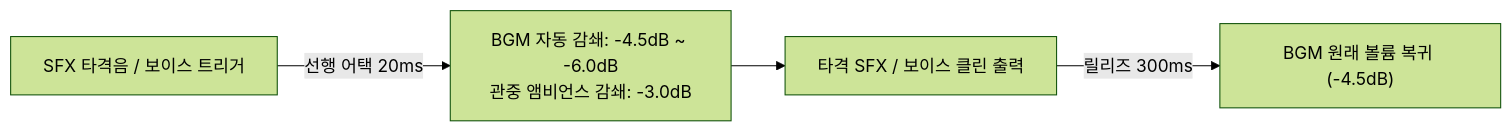
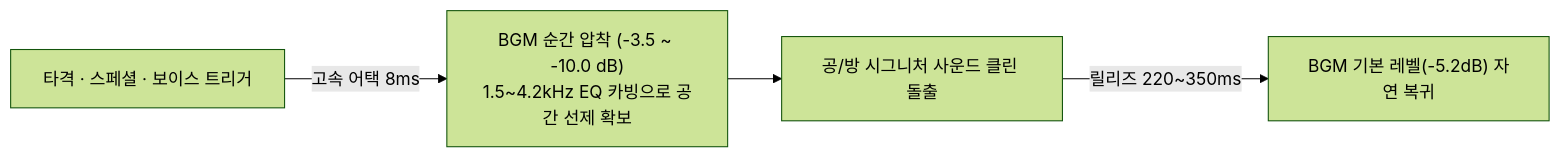
Before and after one commit to fingerfinger/rooster-rumble: the second of 3 diagrams in docs/pit/docs/Rumble Pit 인게임 사운드 구성안.md, drawn with Mermaid (forest theme). The commit also changed other lines of this file and 276 other files, not shown here.

````diff
--- a/docs/pit/docs/Rumble Pit 인게임 사운드 구성안.md
+++ b/docs/pit/docs/Rumble Pit 인게임 사운드 구성안.md
@@ -161,6 +211,6 @@
 ```mermaid
 flowchart LR
-    Trg["SFX 타격음 / 보이스 트리거"] -->|선행 어택 20ms| Duck["BGM 자동 감쇄: -4.5dB ~ -6.0dB<br>관중 앰비언스 감쇄: -3.0dB"]
-    Duck --> Play["타격 SFX / 보이스 클린 출력"]
-    Play -->|릴리즈 300ms| Restore["BGM 원래 볼륨 복귀 (-4.5dB)"]
+    Trg["타격 · 스페셜 · 보이스 트리거"] -->|고속 어택 8ms| Duck["BGM 순간 압착 (-3.5 ~ -10.0 dB)<br>1.5~4.2kHz EQ 카빙으로 공간 선제 확보"]
+    Duck --> Play["공/방 시그니처 사운드 클린 돌출"]
+    Play -->|릴리즈 220~350ms| Restore["BGM 기본 레벨(-5.2dB) 자연 복귀"]
 ```
````
